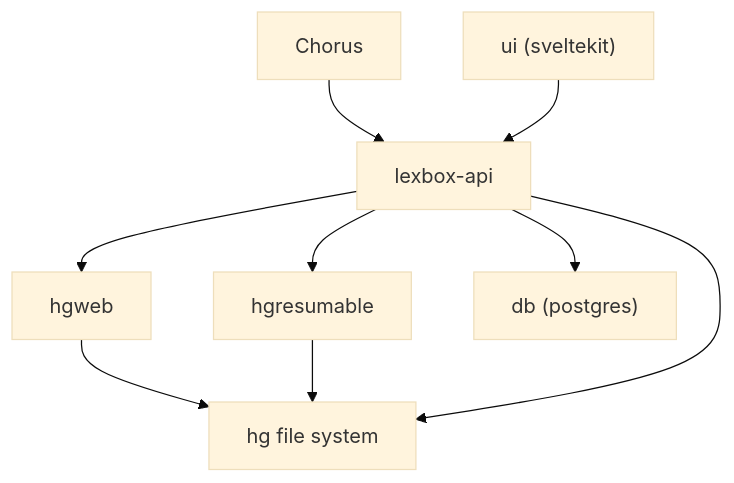
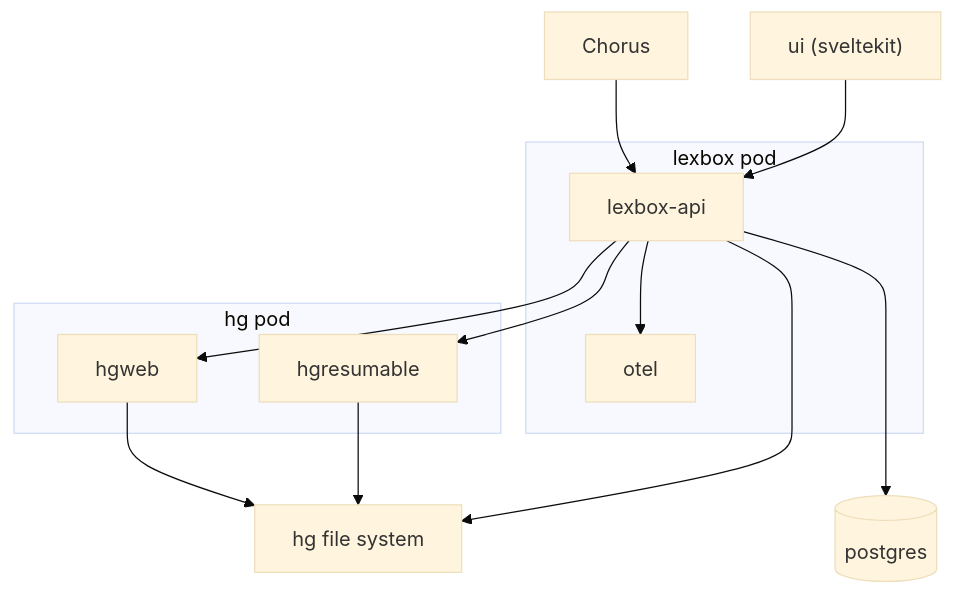
One commit to sillsdev/languageforge-lexbox changed the first of 2 diagrams in README.md. Above: the diagram before and after it, drawn with Mermaid (base theme). The commit also changed other lines of this file, not shown here.

Commit message:
update README.md diagrams

````diff
--- a/README.md
+++ b/README.md
@@ -137,13 +137,20 @@
 ```mermaid
-graph TD
+flowchart TD
     Chorus --> lexbox-api
 
+    subgraph lexbox pod 
+        lexbox-api --> otel
+    end
     lexbox-api --> hgweb
     lexbox-api --> hgresumable
+    subgraph hg pod 
+        hgweb
+        hgresumable
+    end
     hgweb --> hg[hg file system]
     hgresumable --> hg
     lexbox-api --> hg
 
     ui["ui (sveltekit)"] --> lexbox-api
-    lexbox-api --> db["db (postgres)"]
+    lexbox-api ---> db[(postgres)]
 ```
````
